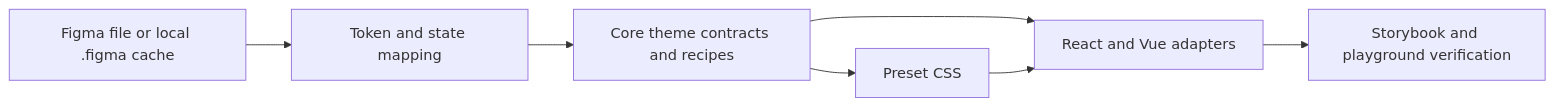
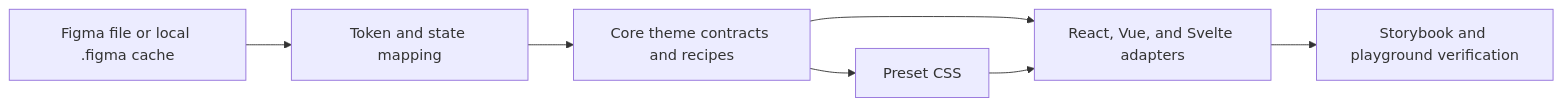
Before and after one commit to niklas-westman/marwes: the diagram in docs/guides/figma-to-marwes.md, drawn with Mermaid. The commit also changed other lines of this file and 947 other files, not shown here.

````diff
--- a/docs/guides/figma-to-marwes.md
+++ b/docs/guides/figma-to-marwes.md
@@ -32,9 +32,9 @@
 ```mermaid
 flowchart LR
   Figma[Figma file or local .figma cache] --> Mapping[Token and state mapping]
   Mapping --> Core[Core theme contracts and recipes]
   Core --> Presets[Preset CSS]
-  Core --> Adapters[React and Vue adapters]
+  Core --> Adapters[React, Vue, and Svelte adapters]
   Presets --> Adapters
   Adapters --> Verification[Storybook and playground verification]
 ```
````
